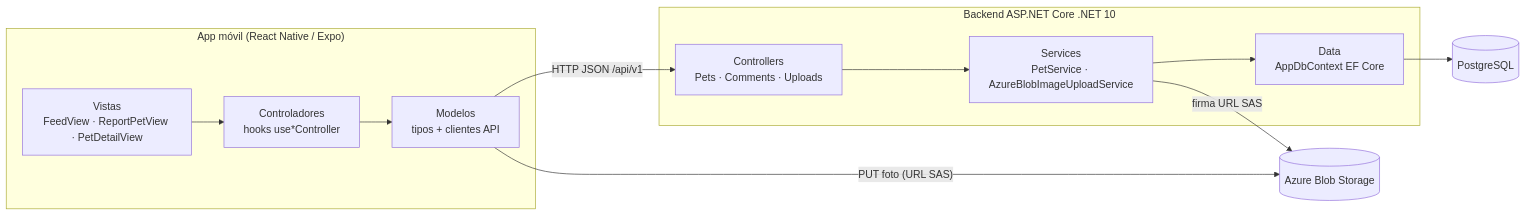
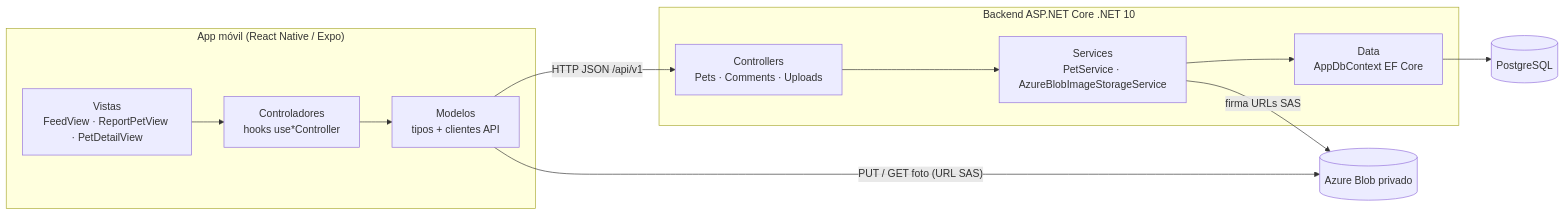
One commit to ArmandoGJ21/RegresaACasa changed the first of 2 diagrams in docs/arquitectura.md. Above: the diagram before and after it, drawn with Mermaid. The commit also changed other lines of this file and 19 other files, not shown here.

First line of the commit message:
Fotos en contenedor privado con URLs firmadas y límites anti-abuso

````diff
--- a/docs/arquitectura.md
+++ b/docs/arquitectura.md
@@ -20,21 +20,21 @@
 ```mermaid
 flowchart LR
     subgraph Movil["App móvil (React Native / Expo)"]
         V[Vistas<br/>FeedView · ReportPetView · PetDetailView]
         C[Controladores<br/>hooks use*Controller]
         M[Modelos<br/>tipos + clientes API]
         V --> C --> M
     end
 
     subgraph API["Backend ASP.NET Core .NET 10"]
         CT[Controllers<br/>Pets · Comments · Uploads]
-        S[Services<br/>PetService · AzureBlobImageUploadService]
+        S[Services<br/>PetService · AzureBlobImageStorageService]
         D[Data<br/>AppDbContext EF Core]
         CT --> S --> D
     end
 
     M -- "HTTP JSON /api/v1" --> CT
-    M -- "PUT foto (URL SAS)" --> Blob[(Azure Blob Storage)]
-    S -- "firma URL SAS" --> Blob
+    M -- "PUT / GET foto (URL SAS)" --> Blob[(Azure Blob privado)]
+    S -- "firma URLs SAS" --> Blob
     D --> DB[(PostgreSQL)]
 ```
````
